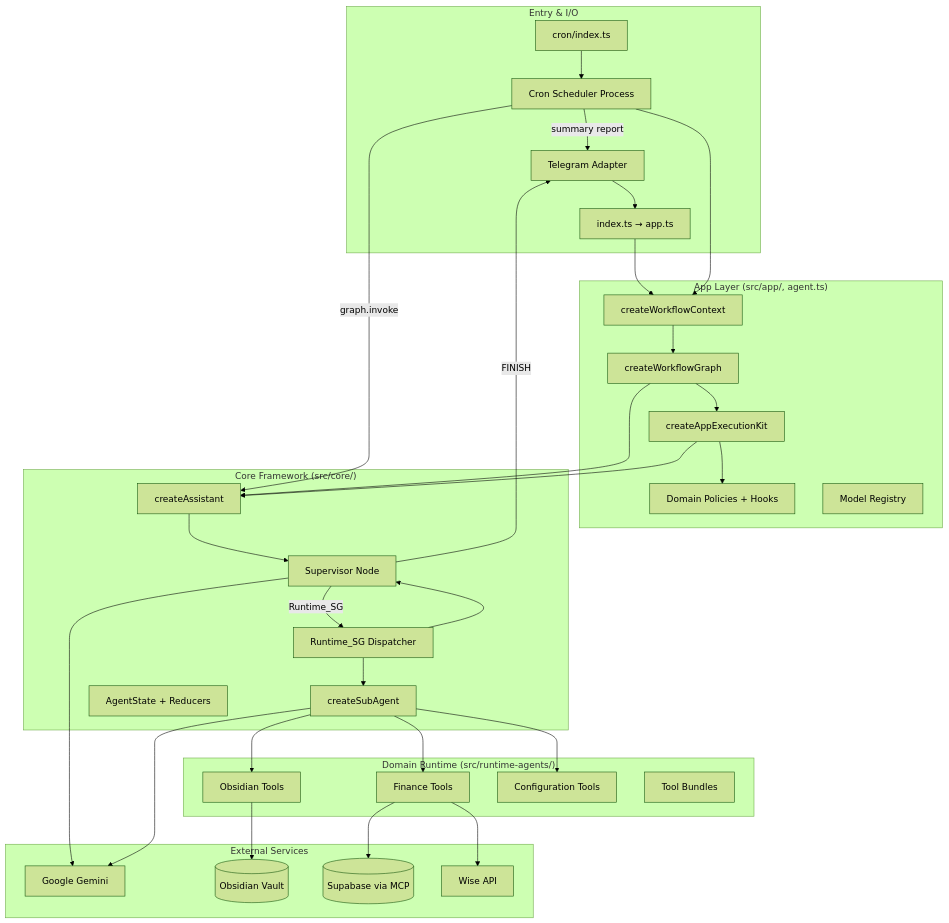
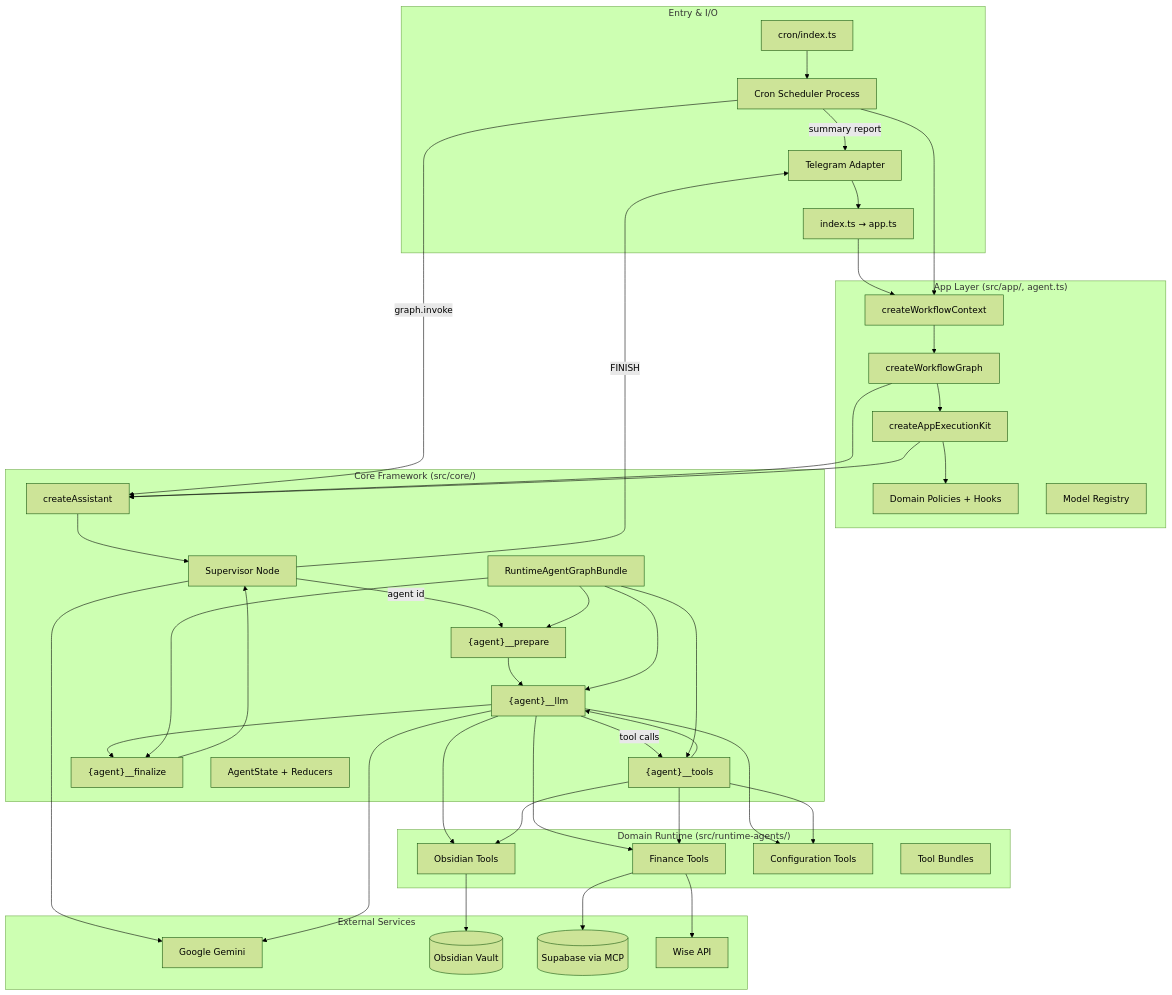
One commit to slnnzmtl/langgraph-personal-assistant changed the first of 2 diagrams in docs/ARCHITECTURE.md. Above: the diagram before and after it, drawn with Mermaid (forest theme). The commit also changed other lines of this file, not shown here.

Commit message:
docs: update architecture documentation to reflect changes in runtime agent definitions, execution flow, and compile-time agent registry, enhancing clarity and accuracy of system design

````diff
--- a/docs/ARCHITECTURE.md
+++ b/docs/ARCHITECTURE.md
@@ -32,56 +32,63 @@
 ```mermaid
 flowchart TB
     subgraph Entry["Entry & I/O"]
         TG[Telegram Adapter]
         CRON[Cron Scheduler Process]
         IDX[index.ts → app.ts]
         CRIDX[cron/index.ts]
     end
 
     subgraph AppLayer["App Layer (src/app/, agent.ts)"]
         WFC[createWorkflowContext]
         WFG[createWorkflowGraph]
         KIT[createAppExecutionKit]
         POL[Domain Policies + Hooks]
         MR[Model Registry]
     end
 
     subgraph Core["Core Framework (src/core/)"]
         CA[createAssistant]
         SUP[Supervisor Node]
-        DISP[Runtime_SG Dispatcher]
-        SA[createSubAgent]
+        PREP["{agent}__prepare"]
+        LLM["{agent}__llm"]
+        TOOLS["{agent}__tools"]
+        FINN["{agent}__finalize"]
+        BUNDLE[RuntimeAgentGraphBundle]
         STATE[AgentState + Reducers]
     end
 
     subgraph Runtime["Domain Runtime (src/runtime-agents/)"]
         FIN[Finance Tools]
         OBS[Obsidian Tools]
         CFG[Configuration Tools]
         BUND[Tool Bundles]
     end
 
     subgraph External["External Services"]
         GEMINI[Google Gemini]
         VAULT[(Obsidian Vault)]
         SB[(Supabase via MCP)]
         WISE[Wise API]
     end
 
     TG --> IDX --> WFC --> WFG --> CA
     CRIDX --> CRON
     CRON --> WFC
     CRON -->|graph.invoke| CA
     CRON -->|summary report| TG
     WFG --> KIT --> CA
     KIT --> POL
     CA --> SUP
-    SUP -->|Runtime_SG| DISP
-    DISP --> SUP
+    SUP -->|agent id| PREP
+    PREP --> LLM
+    LLM -->|tool calls| TOOLS
+    TOOLS --> LLM
+    LLM --> FINN
+    FINN --> SUP
     SUP -->|FINISH| TG
-    DISP --> SA
-    SA --> FIN & OBS & CFG
+    BUNDLE --> PREP & LLM & TOOLS & FINN
+    LLM & TOOLS --> FIN & OBS & CFG
     FIN --> SB & WISE
     OBS --> VAULT
-    SUP & SA --> GEMINI
+    SUP & LLM --> GEMINI
 ```
````
